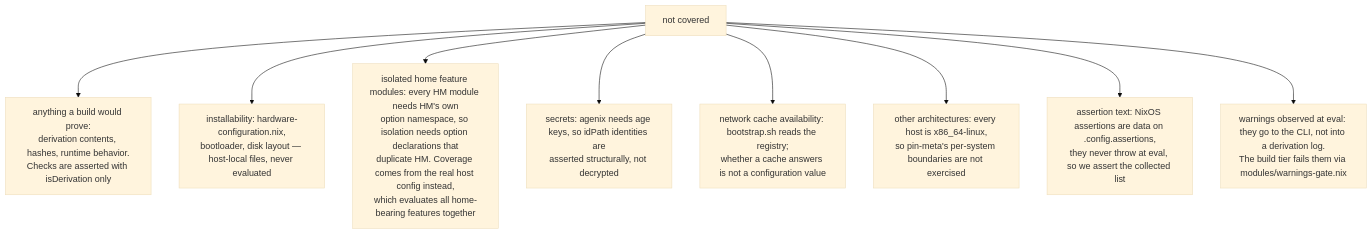
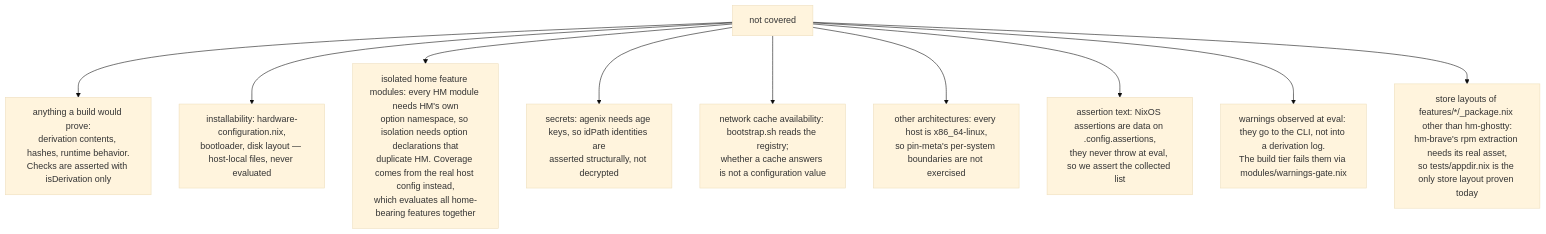
Before and after one commit to WombatFromHell/automatic-palm-tree: the fifth of 5 diagrams in TEST_DESIGN.md, drawn with Mermaid (base theme). The commit also changed other lines of this file and 28 other files, not shown here.

````diff
--- a/TEST_DESIGN.md
+++ b/TEST_DESIGN.md
@@ -151,11 +178,12 @@
 ```mermaid
 flowchart TD
   N["not covered"] --> N1["anything a build would prove:<br/>derivation contents, hashes, runtime behavior.<br/>Checks are asserted with isDerivation only"]
   N --> N2["installability: hardware-configuration.nix,<br/>bootloader, disk layout — host-local files, never evaluated"]
   N --> N3["isolated home feature modules: every HM module needs HM's own<br/>option namespace, so isolation needs option declarations that<br/>duplicate HM. Coverage comes from the real host config instead,<br/>which evaluates all home-bearing features together"]
   N --> N4["secrets: agenix needs age keys, so idPath identities are<br/>asserted structurally, not decrypted"]
   N --> N5["network cache availability: bootstrap.sh reads the registry;<br/>whether a cache answers is not a configuration value"]
   N --> N6["other architectures: every host is x86_64-linux,<br/>so pin-meta's per-system boundaries are not exercised"]
   N --> N7["assertion text: NixOS assertions are data on .config.assertions,<br/>they never throw at eval, so we assert the collected list"]
   N --> N8["warnings observed at eval: they go to the CLI, not into a derivation log.<br/>The build tier fails them via modules/warnings-gate.nix"]
+  N --> N9["store layouts of features/*/_package.nix other than hm-ghostty:<br/>hm-brave's rpm extraction needs its real asset,<br/>so tests/appdir.nix is the only store layout proven today"]
 ```
````
